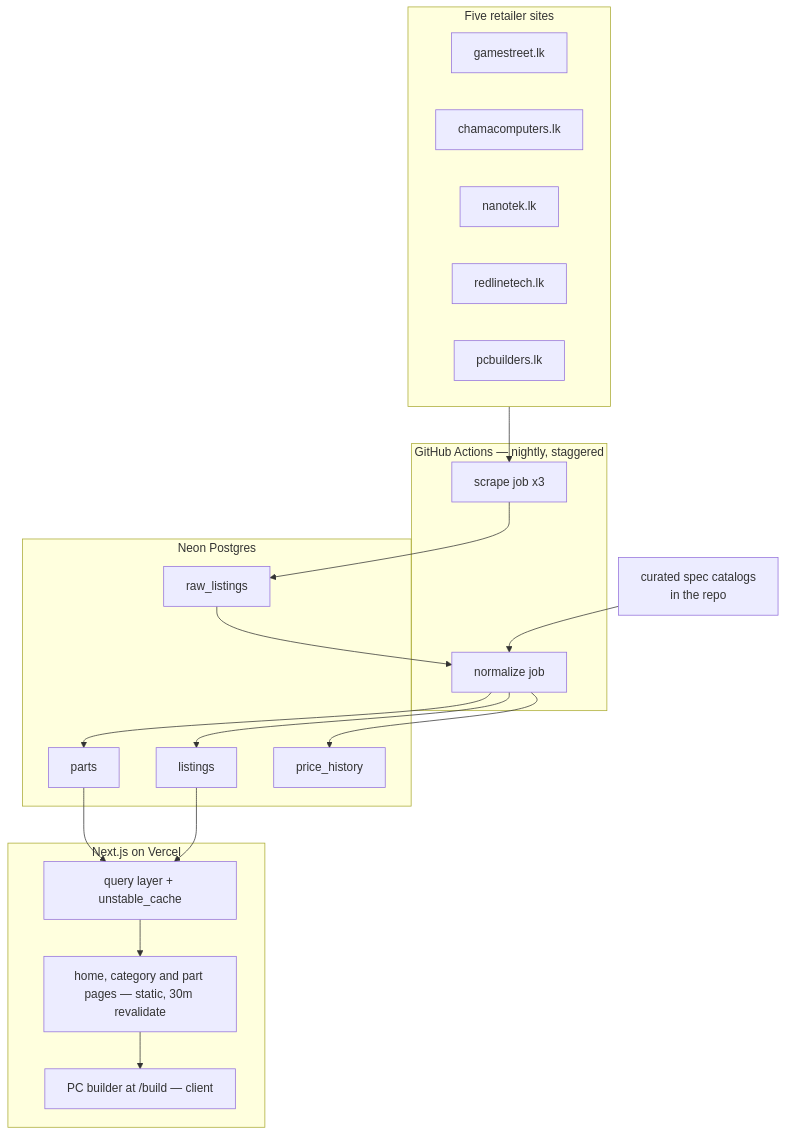
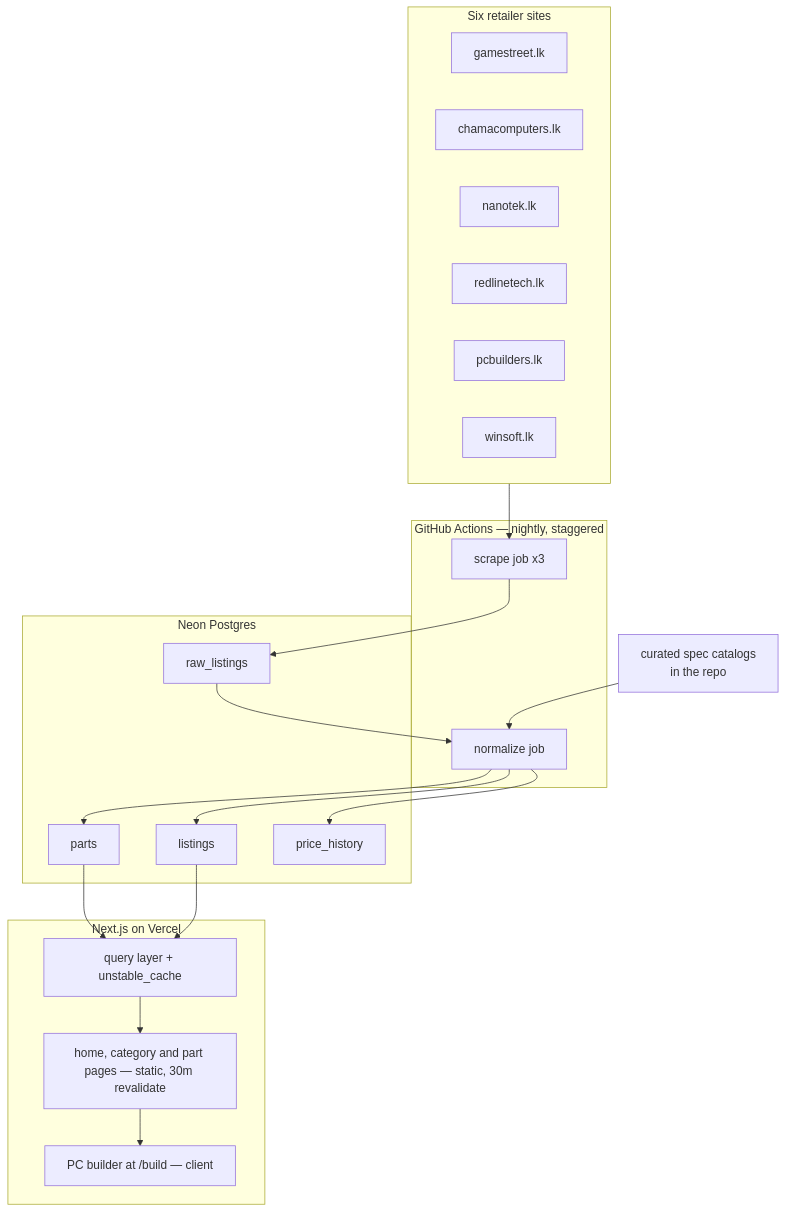
The diagram in docs/architecture.md (ShehanEk/sl-pc-part-picker), drawn with Mermaid before and after one commit. The commit also changed other lines of this file and 3 other files, not shown here.

````diff
--- a/docs/architecture.md
+++ b/docs/architecture.md
@@ -25,40 +25,41 @@
 ```mermaid
 flowchart TB
-  subgraph shops["Five retailer sites"]
+  subgraph shops["Six retailer sites"]
     S1["gamestreet.lk"]
     S2["chamacomputers.lk"]
     S3["nanotek.lk"]
     S4["redlinetech.lk"]
     S5["pcbuilders.lk"]
+    S6["winsoft.lk"]
   end
 
   subgraph ci["GitHub Actions — nightly, staggered"]
     SC["scrape job x3"]
     NO["normalize job"]
   end
 
   subgraph db["Neon Postgres"]
     RAW["raw_listings"]
     P["parts"]
     L["listings"]
     H["price_history"]
   end
 
   subgraph app["Next.js on Vercel"]
     Q["query layer + unstable_cache"]
     PAGE["home, category and part pages — static, 30m revalidate"]
     CFG["PC builder at /build — client"]
   end
 
   CAT["curated spec catalogs<br/>in the repo"]
 
   shops --> SC --> RAW
   RAW --> NO
   NO --> P
   NO --> L
   NO --> H
   CAT --> NO
   P --> Q
   L --> Q
   Q --> PAGE --> CFG
 ```
````
